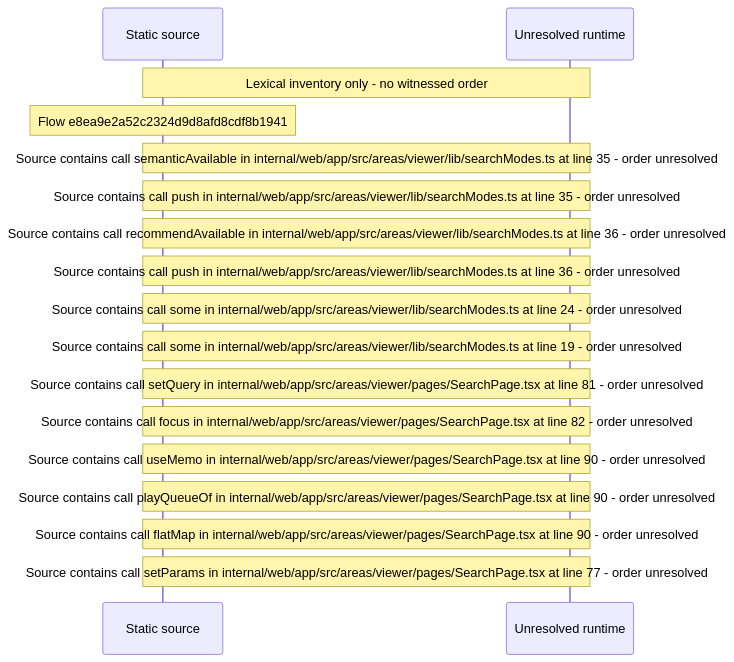
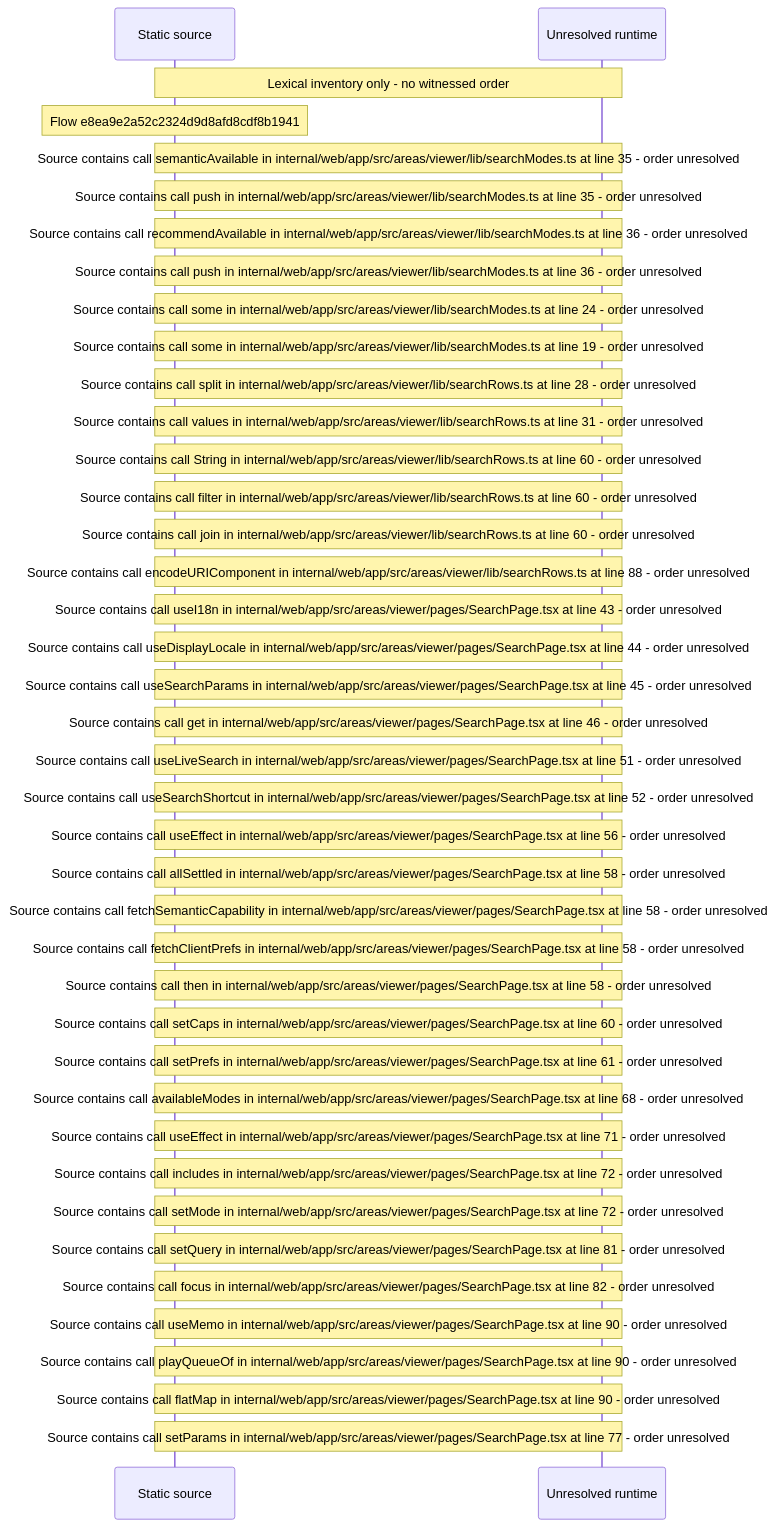
The diagram in docs/web/flows/generated/e8ea9e2a52c2324d9d8afd8cdf8b1941/flow-diagram.md (beamfall/core), drawn with Mermaid before and after one commit. The commit also changed other lines of this file and 699 other files, not shown here.

Commit message:
Regenerate the web flow record with flow generator version 5

````diff
--- a/docs/web/flows/generated/e8ea9e2a52c2324d9d8afd8cdf8b1941/flow-diagram.md
+++ b/docs/web/flows/generated/e8ea9e2a52c2324d9d8afd8cdf8b1941/flow-diagram.md
@@ -10,19 +10,42 @@
 ```mermaid
 sequenceDiagram
     participant S as Static source
     participant U as Unresolved runtime
     Note over S,U: Lexical inventory only - no witnessed order
     Note over S: Flow e8ea9e2a52c2324d9d8afd8cdf8b1941
     Note over S,U: Source contains call semanticAvailable in internal/web/app/src/areas/viewer/lib/searchModes.ts at line 35 - order unresolved
     Note over S,U: Source contains call push in internal/web/app/src/areas/viewer/lib/searchModes.ts at line 35 - order unresolved
     Note over S,U: Source contains call recommendAvailable in internal/web/app/src/areas/viewer/lib/searchModes.ts at line 36 - order unresolved
     Note over S,U: Source contains call push in internal/web/app/src/areas/viewer/lib/searchModes.ts at line 36 - order unresolved
     Note over S,U: Source contains call some in internal/web/app/src/areas/viewer/lib/searchModes.ts at line 24 - order unresolved
     Note over S,U: Source contains call some in internal/web/app/src/areas/viewer/lib/searchModes.ts at line 19 - order unresolved
+    Note over S,U: Source contains call split in internal/web/app/src/areas/viewer/lib/searchRows.ts at line 28 - order unresolved
+    Note over S,U: Source contains call values in internal/web/app/src/areas/viewer/lib/searchRows.ts at line 31 - order unresolved
+    Note over S,U: Source contains call String in internal/web/app/src/areas/viewer/lib/searchRows.ts at line 60 - order unresolved
+    Note over S,U: Source contains call filter in internal/web/app/src/areas/viewer/lib/searchRows.ts at line 60 - order unresolved
+    Note over S,U: Source contains call join in internal/web/app/src/areas/viewer/lib/searchRows.ts at line 60 - order unresolved
+    Note over S,U: Source contains call encodeURIComponent in internal/web/app/src/areas/viewer/lib/searchRows.ts at line 88 - order unresolved
+    Note over S,U: Source contains call useI18n in internal/web/app/src/areas/viewer/pages/SearchPage.tsx at line 43 - order unresolved
+    Note over S,U: Source contains call useDisplayLocale in internal/web/app/src/areas/viewer/pages/SearchPage.tsx at line 44 - order unresolved
+    Note over S,U: Source contains call useSearchParams in internal/web/app/src/areas/viewer/pages/SearchPage.tsx at line 45 - order unresolved
+    Note over S,U: Source contains call get in internal/web/app/src/areas/viewer/pages/SearchPage.tsx at line 46 - order unresolved
+    Note over S,U: Source contains call useLiveSearch in internal/web/app/src/areas/viewer/pages/SearchPage.tsx at line 51 - order unresolved
+    Note over S,U: Source contains call useSearchShortcut in internal/web/app/src/areas/viewer/pages/SearchPage.tsx at line 52 - order unresolved
+    Note over S,U: Source contains call useEffect in internal/web/app/src/areas/viewer/pages/SearchPage.tsx at line 56 - order unresolved
+    Note over S,U: Source contains call allSettled in internal/web/app/src/areas/viewer/pages/SearchPage.tsx at line 58 - order unresolved
+    Note over S,U: Source contains call fetchSemanticCapability in internal/web/app/src/areas/viewer/pages/SearchPage.tsx at line 58 - order unresolved
+    Note over S,U: Source contains call fetchClientPrefs in internal/web/app/src/areas/viewer/pages/SearchPage.tsx at line 58 - order unresolved
+    Note over S,U: Source contains call then in internal/web/app/src/areas/viewer/pages/SearchPage.tsx at line 58 - order unresolved
+    Note over S,U: Source contains call setCaps in internal/web/app/src/areas/viewer/pages/SearchPage.tsx at line 60 - order unresolved
+    Note over S,U: Source contains call setPrefs in internal/web/app/src/areas/viewer/pages/SearchPage.tsx at line 61 - order unresolved
+    Note over S,U: Source contains call availableModes in internal/web/app/src/areas/viewer/pages/SearchPage.tsx at line 68 - order unresolved
+    Note over S,U: Source contains call useEffect in internal/web/app/src/areas/viewer/pages/SearchPage.tsx at line 71 - order unresolved
+    Note over S,U: Source contains call includes in internal/web/app/src/areas/viewer/pages/SearchPage.tsx at line 72 - order unresolved
+    Note over S,U: Source contains call setMode in internal/web/app/src/areas/viewer/pages/SearchPage.tsx at line 72 - order unresolved
     Note over S,U: Source contains call setQuery in internal/web/app/src/areas/viewer/pages/SearchPage.tsx at line 81 - order unresolved
     Note over S,U: Source contains call focus in internal/web/app/src/areas/viewer/pages/SearchPage.tsx at line 82 - order unresolved
     Note over S,U: Source contains call useMemo in internal/web/app/src/areas/viewer/pages/SearchPage.tsx at line 90 - order unresolved
     Note over S,U: Source contains call playQueueOf in internal/web/app/src/areas/viewer/pages/SearchPage.tsx at line 90 - order unresolved
     Note over S,U: Source contains call flatMap in internal/web/app/src/areas/viewer/pages/SearchPage.tsx at line 90 - order unresolved
     Note over S,U: Source contains call setParams in internal/web/app/src/areas/viewer/pages/SearchPage.tsx at line 77 - order unresolved
 ```
````
